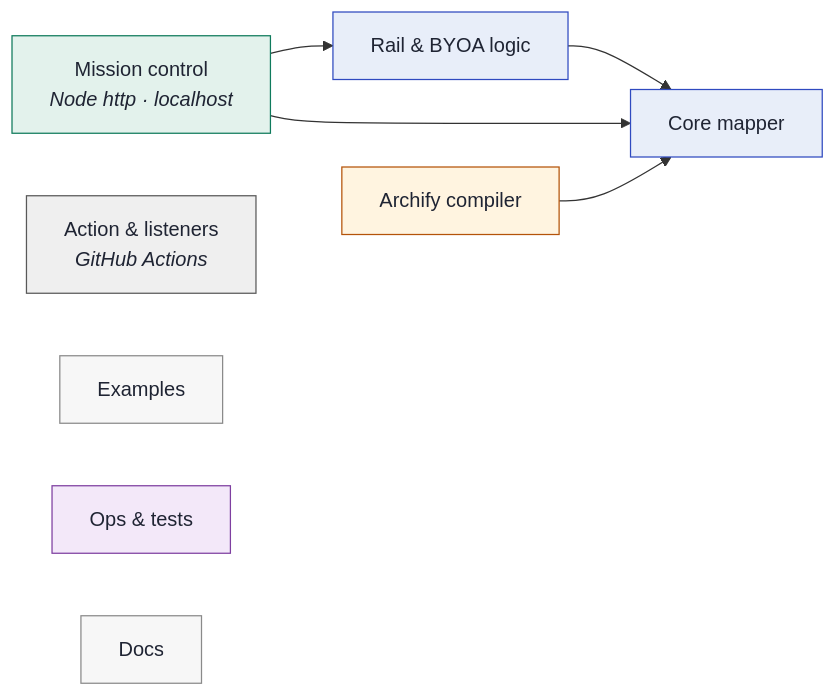
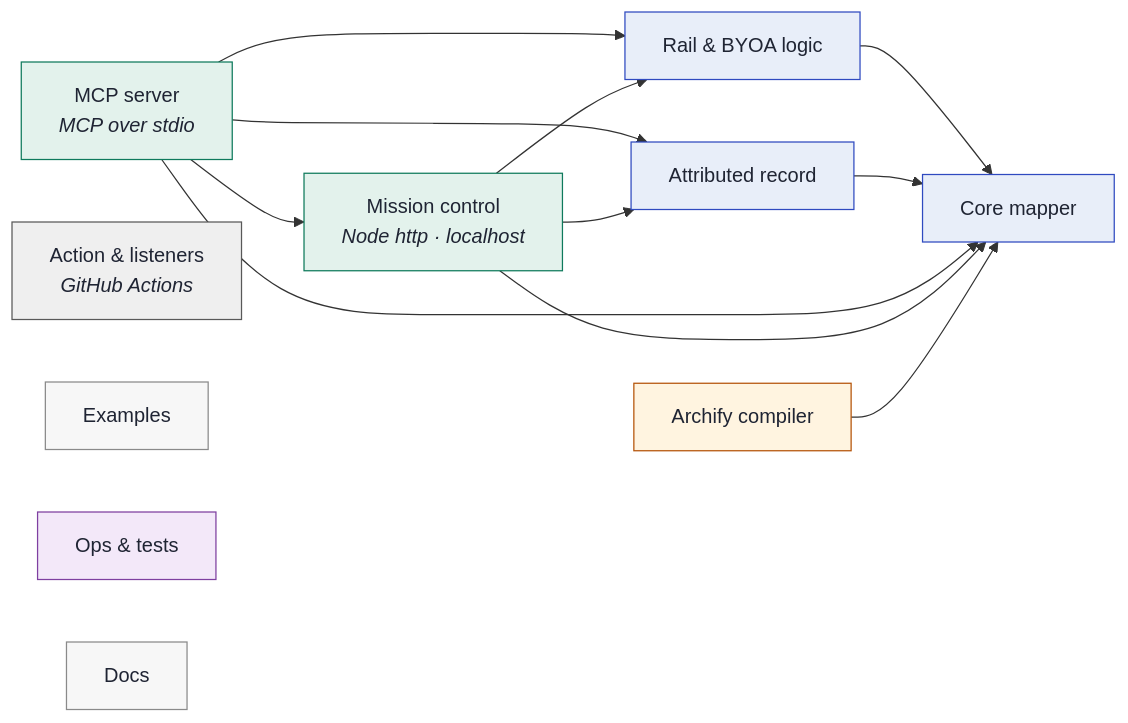
One commit to actions-marketplace-validations/tapaskar_archwhere changed the diagram in ARCHITECTURE.md. Above: the diagram before and after it, drawn with Mermaid. The commit also changed other lines of this file and 20 other files, not shown here.

First line of the commit message:
feat: MCP server and attributed record (#5)

````diff
--- a/ARCHITECTURE.md
+++ b/ARCHITECTURE.md
@@ -5,30 +5,38 @@
 ```mermaid
 flowchart LR
   core["Core mapper"]
   rail["Rail & BYOA logic"]
+  record["Attributed record"]
+  mcp["MCP server<br/><i>MCP over stdio</i>"]
   mission["Mission control<br/><i>Node http · localhost</i>"]
   archify["Archify compiler"]
   integrations["Action & listeners<br/><i>GitHub Actions</i>"]
   examples["Examples"]
   ops["Ops & tests"]
   docs["Docs"]
   rail --> core
+  record --> core
+  mcp --> core
+  mcp --> rail
+  mcp --> record
+  mcp --> mission
   mission --> core
   mission --> rail
+  mission --> record
   archify --> core
   classDef core fill:#E8EEF9,stroke:#2F4AC0,color:#1F2433
   classDef security fill:#FDE8E4,stroke:#C2410C,color:#1F2433
   classDef feature fill:#FFF4E0,stroke:#B45309,color:#1F2433
   classDef infra fill:#EFEFEF,stroke:#595959,color:#1F2433
   classDef product fill:#E3F2EC,stroke:#0F7A5C,color:#1F2433
   classDef ops fill:#F3E8F9,stroke:#7E3FA0,color:#1F2433
   classDef docs fill:#F7F7F7,stroke:#8A8A8A,color:#1F2433
   classDef other fill:#F2F2EF,stroke:#777,color:#1F2433
   classDef touched fill:#F7B32B,stroke:#1F2433,stroke-width:3px,color:#1F2433
-  class core,rail core
-  class mission product
+  class core,rail,record core
+  class mcp,mission product
   class archify feature
   class integrations infra
   class examples,docs docs
   class ops ops
 ```
````
